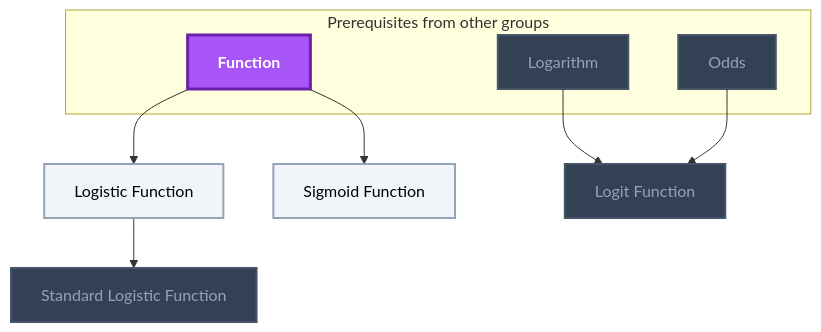
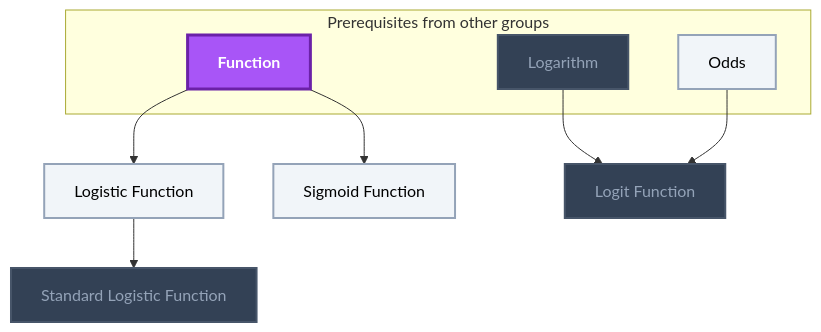
Before and after one commit to MRauf1/My-Notes: the ninth of 11 diagrams in Gamification/Skill Trees/Categorical Variable Prediction.md, drawn with Mermaid. The commit also changed other lines of this file and 42 other files, not shown here.

````diff
--- a/Gamification/Skill Trees/Categorical Variable Prediction.md
+++ b/Gamification/Skill Trees/Categorical Variable Prediction.md
@@ -538,30 +541,30 @@
 ```mermaid
 flowchart TD
     classDef planned fill:#1E293B,stroke:#64748B,stroke-width:2px,stroke-dasharray:5 5,color:#94A3B8;
     classDef locked fill:#334155,stroke:#475569,stroke-width:2px,color:#94A3B8;
     classDef L0 fill:#F1F5F9,stroke:#94A3B8,stroke-width:2px,color:#000000;
     classDef L1 fill:#22C55E,stroke:#15803D,stroke-width:2px,color:#000000;
     classDef L2 fill:#3B82F6,stroke:#1D4ED8,stroke-width:3px,color:#FFFFFF;
     classDef L3 fill:#A855F7,stroke:#6B21A8,stroke-width:3px,color:#FFFFFF,font-weight:bold;
     classDef L4 fill:#F97316,stroke:#C2410C,stroke-width:4px,color:#000000,font-weight:bold;
     classDef L5 fill:#FFD700,stroke:#FF8C00,stroke-width:5px,color:#000000,font-weight:bold;
     classDef rusty stroke:#8B4513,stroke-width:4px,stroke-dasharray:3 3;
     subgraph sg_prereqs["Prerequisites from other groups"]
         n_function["Function"]
         n_logarithm["Logarithm"]
         n_odds["Odds"]
     end
     n_logistic_function["Logistic Function"]
     n_standard_logistic_function["Standard Logistic Function"]
     n_sigmoid_function["Sigmoid Function"]
     n_logit_function["Logit Function"]
     n_function --> n_logistic_function
     n_logistic_function --> n_standard_logistic_function
     n_function --> n_sigmoid_function
     n_logarithm --> n_logit_function
     n_odds --> n_logit_function
-    class n_logarithm,n_odds,n_standard_logistic_function,n_logit_function locked;
-    class n_logistic_function,n_sigmoid_function L0;
+    class n_logarithm,n_standard_logistic_function,n_logit_function locked;
+    class n_odds,n_logistic_function,n_sigmoid_function L0;
     class n_function L3;
     class n_function,n_logarithm,n_odds,n_logistic_function,n_standard_logistic_function,n_sigmoid_function,n_logit_function internal-link;
 ```
````
